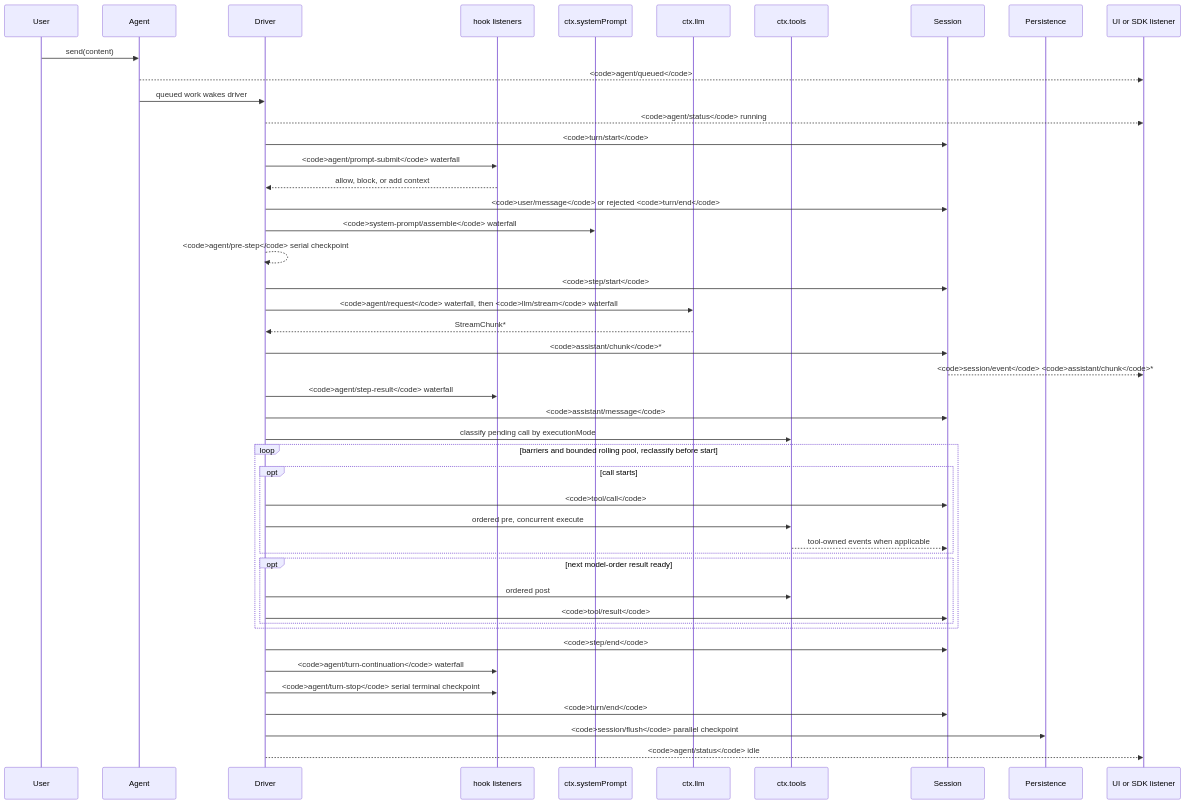
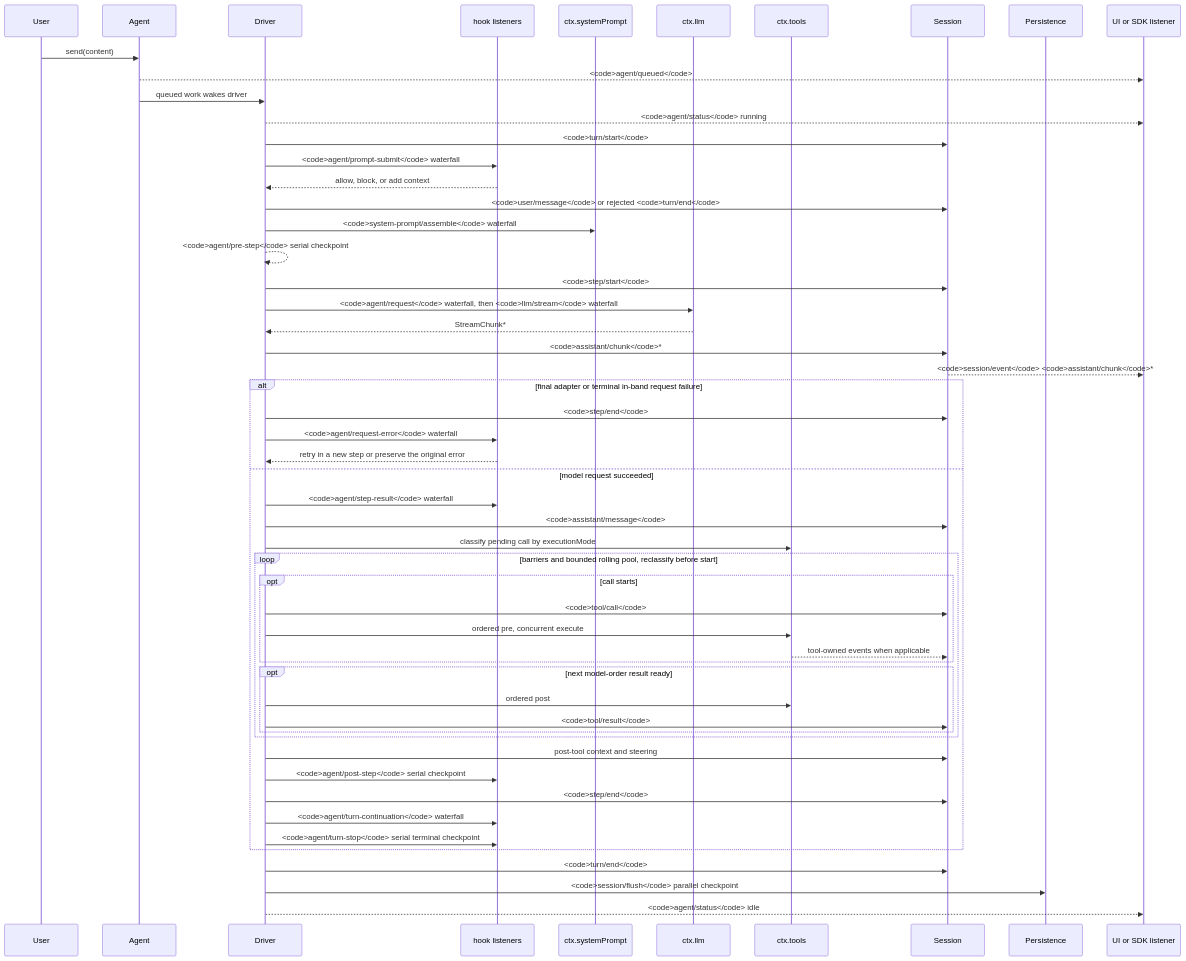
Before and after one commit to eru123/coco-harness: the diagram in docs/agent-lifecycle.md, drawn with Mermaid. The commit also changed other lines of this file and 79 other files, not shown here.

First line of the commit message:
Merge pull request #332 from deepseek-harness/compact-post-step-overflow-recovery

````diff
--- a/docs/agent-lifecycle.md
+++ b/docs/agent-lifecycle.md
@@ -8,48 +8,56 @@
 ```mermaid
 sequenceDiagram
   participant User
   participant Agent
   participant Driver
   participant Hooks as hook listeners
   participant Prompt as ctx.systemPrompt
   participant LLM as ctx.llm
   participant Tools as ctx.tools
   participant Session
   participant Persistence
   participant SDK as UI or SDK listener
   User->>Agent: send(content)
   Agent-->>SDK: <code>agent/queued</code>
   Agent->>Driver: queued work wakes driver
   Driver-->>SDK: <code>agent/status</code> running
   Driver->>Session: <code>turn/start</code>
   Driver->>Hooks: <code>agent/prompt-submit</code> waterfall
   Hooks-->>Driver: allow, block, or add context
   Driver->>Session: <code>user/message</code> or rejected <code>turn/end</code>
   Driver->>Prompt: <code>system-prompt/assemble</code> waterfall
   Driver-->>Driver: <code>agent/pre-step</code> serial checkpoint
   Driver->>Session: <code>step/start</code>
   Driver->>LLM: <code>agent/request</code> waterfall, then <code>llm/stream</code> waterfall
   LLM-->>Driver: StreamChunk*
   Driver->>Session: <code>assistant/chunk</code>*
   Session-->>SDK: <code>session/event</code> <code>assistant/chunk</code>*
+  alt final adapter or terminal in-band request failure
+    Driver->>Session: <code>step/end</code>
+    Driver->>Hooks: <code>agent/request-error</code> waterfall
+    Hooks-->>Driver: retry in a new step or preserve the original error
+  else model request succeeded
   Driver->>Hooks: <code>agent/step-result</code> waterfall
   Driver->>Session: <code>assistant/message</code>
   Driver->>Tools: classify pending call by executionMode
   loop barriers and bounded rolling pool, reclassify before start
     opt call starts
       Driver->>Session: <code>tool/call</code>
       Driver->>Tools: ordered pre, concurrent execute
       Tools-->>Session: tool-owned events when applicable
     end
     opt next model-order result ready
       Driver->>Tools: ordered post
       Driver->>Session: <code>tool/result</code>
     end
   end
+  Driver->>Session: post-tool context and steering
+  Driver->>Hooks: <code>agent/post-step</code> serial checkpoint
   Driver->>Session: <code>step/end</code>
   Driver->>Hooks: <code>agent/turn-continuation</code> waterfall
   Driver->>Hooks: <code>agent/turn-stop</code> serial terminal checkpoint
+  end
   Driver->>Session: <code>turn/end</code>
   Driver->>Persistence: <code>session/flush</code> parallel checkpoint
   Driver-->>SDK: <code>agent/status</code> idle
 ```
````
